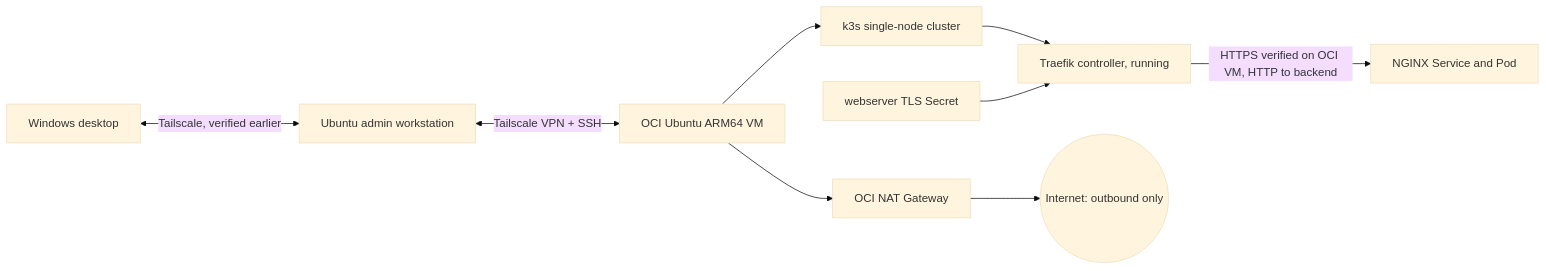
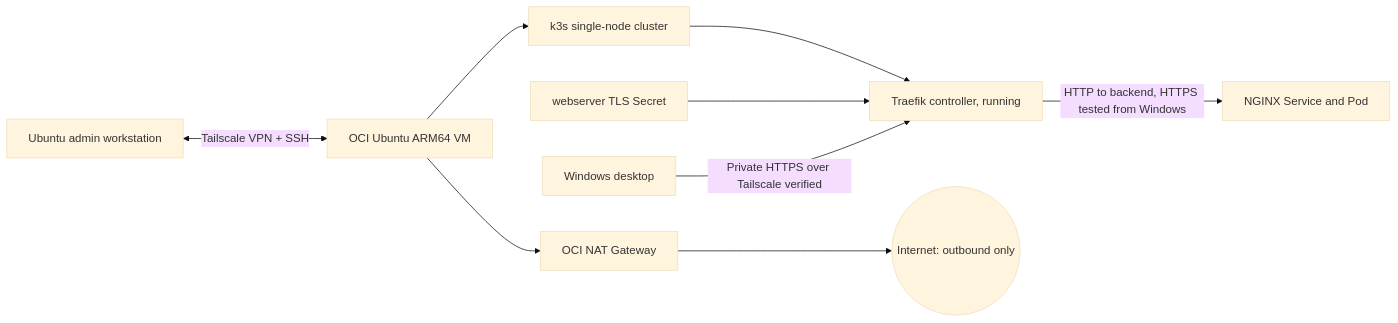
Before and after one commit to S0tallySabl3/kubernetes: the diagram in secure-kubernetes-homelab-oracle-cloud-updated(1)/secure-kubernetes-homelab/docs/architecture.md, drawn with Mermaid (base theme). The commit also changed other lines of this file and 21 other files, not shown here.

````diff
--- a/secure-kubernetes-homelab-oracle-cloud-updated(1)/secure-kubernetes-homelab/docs/architecture.md
+++ b/secure-kubernetes-homelab-oracle-cloud-updated(1)/secure-kubernetes-homelab/docs/architecture.md
@@ -5,11 +5,11 @@
 ```mermaid
 flowchart LR
   Admin[Ubuntu admin workstation] <-->|Tailscale VPN + SSH| Server[OCI Ubuntu ARM64 VM]
   Server --> K3s[k3s single-node cluster]
   K3s --> Ingress[Traefik controller, running]
   Secret[webserver TLS Secret] --> Ingress
-  Ingress -->|HTTPS verified on OCI VM, HTTP to backend| Web[NGINX Service and Pod]
+  Ingress -->|HTTP to backend, HTTPS tested from Windows| Web[NGINX Service and Pod]
   Server --> NAT[OCI NAT Gateway]
   NAT --> Internet((Internet: outbound only))
-  Desktop[Windows desktop] <-->|Tailscale, verified earlier| Admin
+  Desktop[Windows desktop] -->|Private HTTPS over Tailscale verified| Ingress
 ```
````
